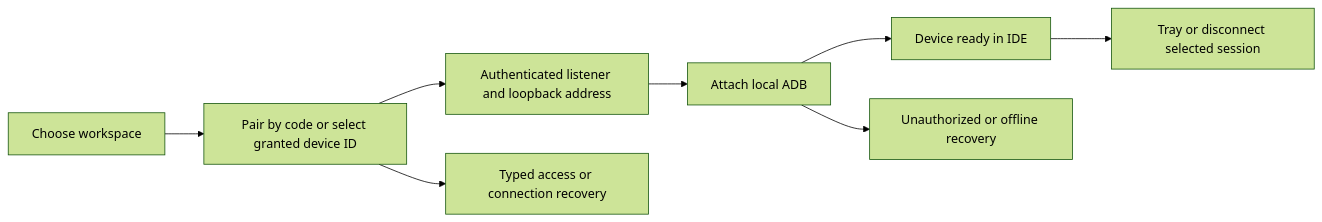
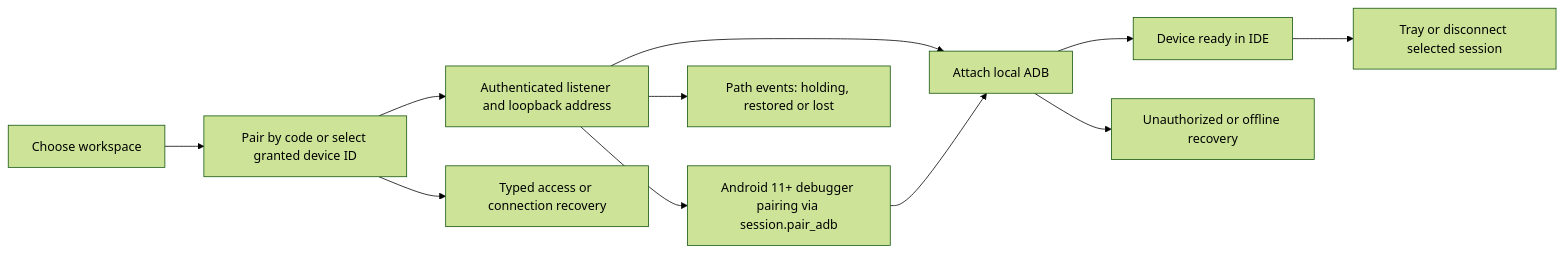
One commit to SumukhaK/Setu-Desktop changed the diagram in docs/SCREENS.md. Above: the diagram before and after it, drawn with Mermaid (forest theme). The commit also changed other lines of this file and 2 other files, not shown here.

````diff
--- a/docs/SCREENS.md
+++ b/docs/SCREENS.md
@@ -37,10 +37,13 @@
 ```mermaid
 flowchart LR
     A[Choose workspace] --> B[Pair by code or select granted device ID]
     B --> C[Authenticated listener and loopback address]
     B --> E[Typed access or connection recovery]
     C --> D[Attach local ADB]
     D --> F[Device ready in IDE]
     D --> G[Unauthorized or offline recovery]
+    C --> P[Android 11+ debugger pairing via session.pair_adb]
+    P --> D
+    C --> R[Path events: holding, restored or lost]
     F --> H[Tray or disconnect selected session]
 ```
````
